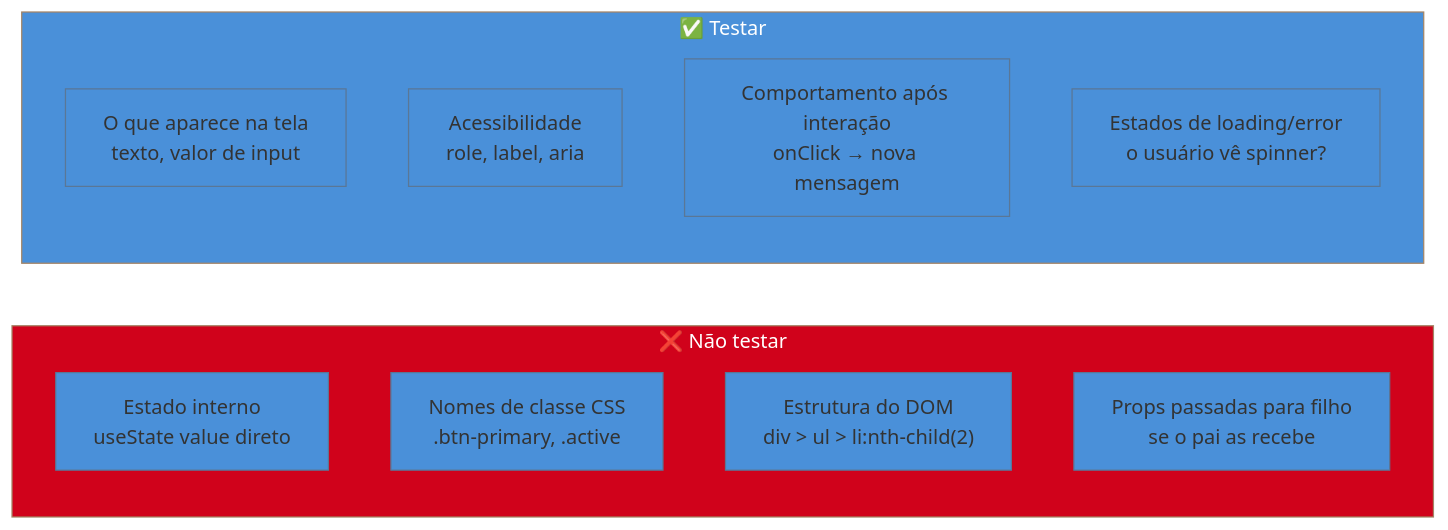
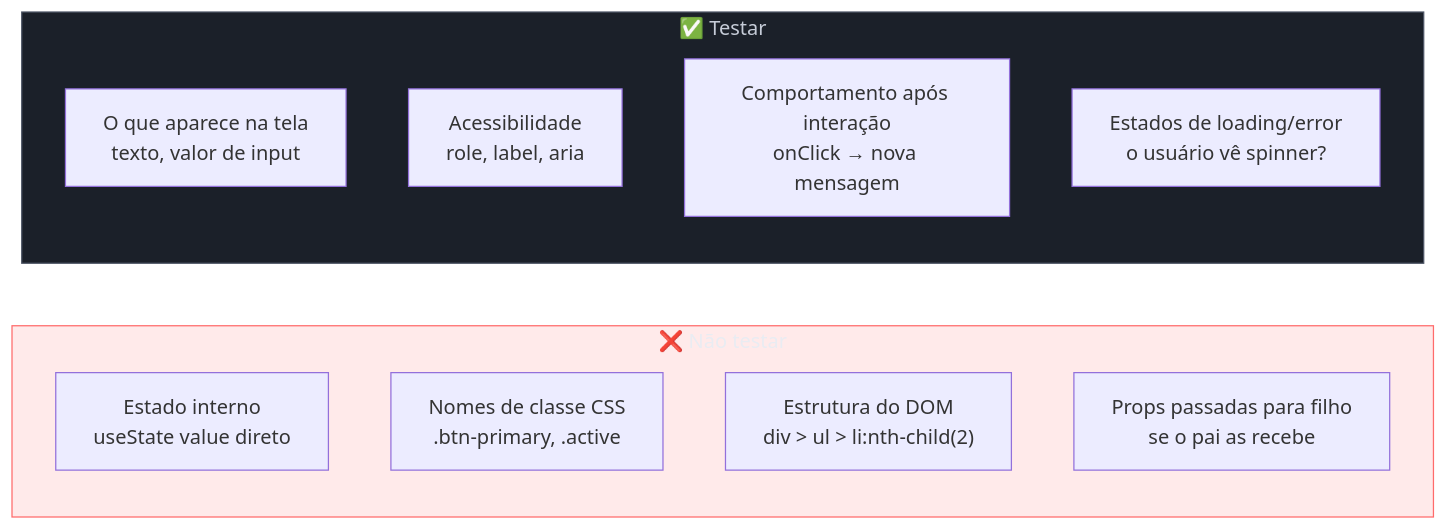
The third of 3 diagrams in 03-Dominios/Tecnologia/React/React core/25 - Testing React.md (josenaldo/codex-technomanticus), drawn with Mermaid before and after one commit. The commit also changed other lines of this file and 1181 other files, not shown here.

First line of the commit message:
fix(diagramas): paleta do sistema no lugar de cor cravada no markdown

````diff
--- a/03-Dominios/Tecnologia/React/React core/25 - Testing React.md
+++ b/03-Dominios/Tecnologia/React/React core/25 - Testing React.md
@@ -432,20 +436,21 @@
 ```mermaid
-%%{init: {"theme": "base", "themeVariables": {"primaryColor": "#4A90D9"}}}%%
 graph LR
+    classDef falha fill:#FF6B6B24,stroke:#FF6B6B,color:#E9ECF2
+    classDef neutro fill:#1B2029,stroke:#4E5666,color:#C6CCD8
     subgraph NAO["❌ Não testar"]
         A["Estado interno\nuseState value direto"]
         B["Nomes de classe CSS\n.btn-primary, .active"]
         C["Estrutura do DOM\ndiv > ul > li:nth-child(2)"]
         D["Props passadas para filho\nse o pai as recebe"]
     end
 
     subgraph SIM["✅ Testar"]
         E["O que aparece na tela\ntexto, valor de input"]
         F["Acessibilidade\nrole, label, aria"]
         G["Comportamento após interação\nonClick → nova mensagem"]
         H["Estados de loading/error\no usuário vê spinner?"]
     end
 
-    style NAO fill:#D0021B,color:#fff
-    style SIM fill:#4A90D9,color:#fff
+    class NAO falha
+    class SIM neutro
 ```
````
